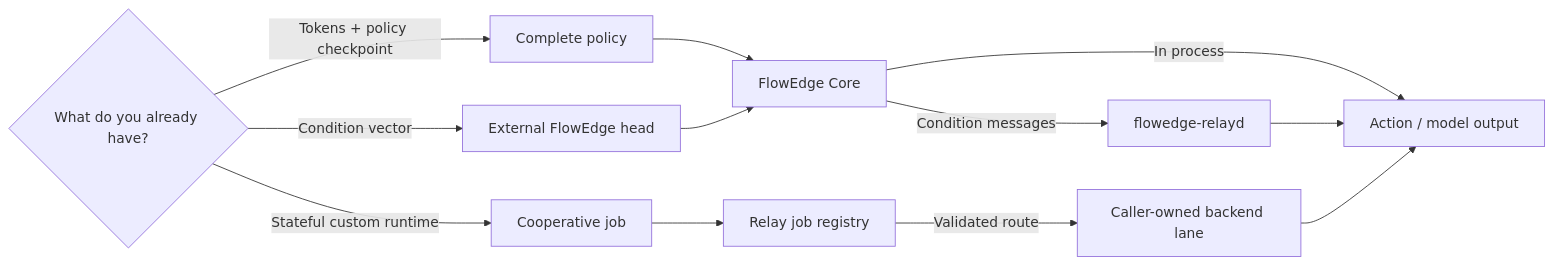
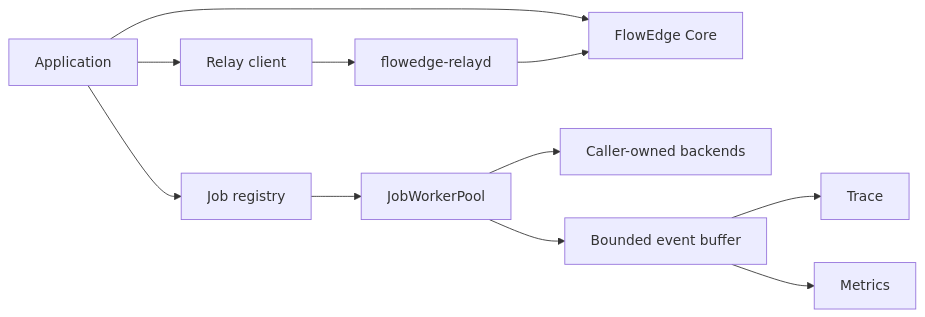
The diagram in docs/capabilities.md (elprofesoriqo/FlowEdge), drawn with Mermaid before and after one commit. The commit also changed other lines of this file and 29 other files, not shown here.

Commit message:
feat(relay): add generic job observability

````diff
--- a/docs/capabilities.md
+++ b/docs/capabilities.md
@@ -27,15 +21,13 @@
 ```{mermaid}
 flowchart LR
-  I{What do you already have?}
-  I -->|Tokens + policy checkpoint| P[Complete policy]
-  I -->|Condition vector| H[External FlowEdge head]
-  I -->|Stateful custom runtime| J[Cooperative job]
-  P --> C[FlowEdge Core]
-  H --> C
-  J --> R[Relay job registry]
-  C -->|In process| O[Action / model output]
-  C -->|Condition messages| D[flowedge-relayd]
-  R -->|Validated route| B[Caller-owned backend lane]
-  D --> O
-  B --> O
+  A[Application] --> C[FlowEdge Core]
+  A --> R[Relay client]
+  R --> D[flowedge-relayd]
+  D --> C
+  A --> J[Job registry]
+  J --> P[JobWorkerPool]
+  P --> B[Caller-owned backends]
+  P --> E[Bounded event buffer]
+  E --> T[Trace]
+  E --> M[Metrics]
 ```
````
